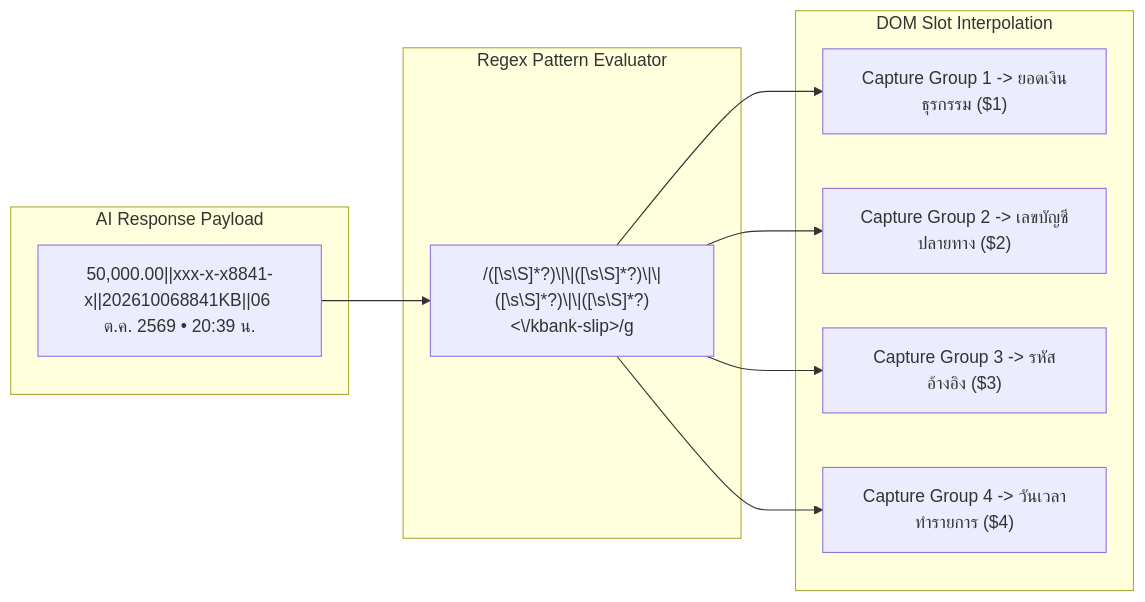
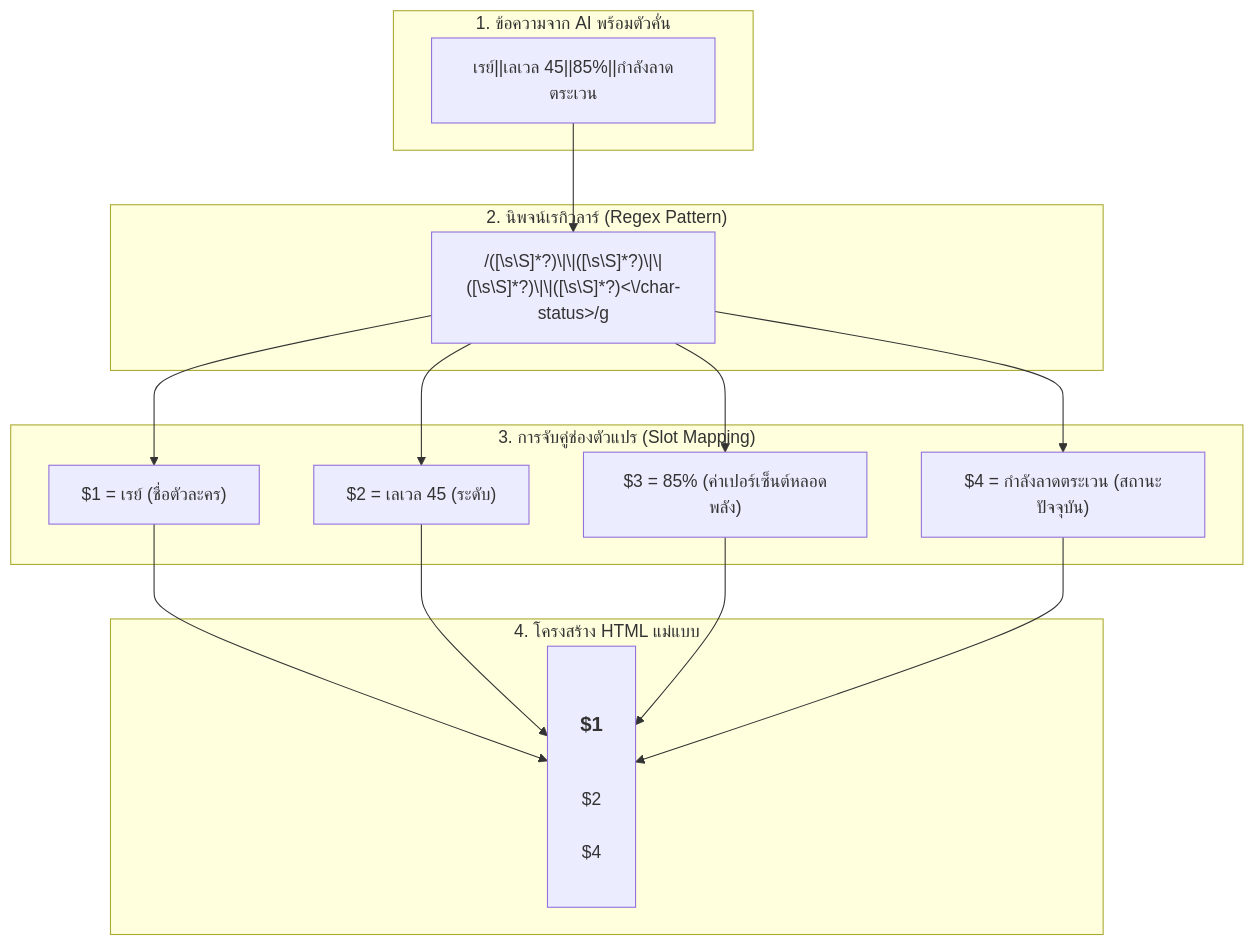
One commit to jadesolju/Snippet-Studio changed the third of 6 diagrams in RUBII_CORE_ARCHITECTURE_AND_CSS_ENGINEERING.md. Above: the diagram before and after it, drawn with Mermaid. The commit also changed other lines of this file, not shown here.

Commit message:
docs: rewrite Rubii architecture and developer guide focusing on core principles, HTML/CSS/Regex recommendations, and empirical failure analysis

````diff
--- a/RUBII_CORE_ARCHITECTURE_AND_CSS_ENGINEERING.md
+++ b/RUBII_CORE_ARCHITECTURE_AND_CSS_ENGINEERING.md
@@ -122,20 +116,30 @@
 ```mermaid
-flowchart LR
-    subgraph Payload["AI Response Payload"]
-        P["<kbank-slip>50,000.00||xxx-x-x8841-x||202610068841KB||06 ต.ค. 2569 • 20:39 น.</kbank-slip>"]
+flowchart TD
+    subgraph Payload["1. ข้อความจาก AI พร้อมตัวคั่น"]
+        P["<char-status>เรย์||เลเวล 45||85%||กำลังลาดตระเวน</char-status>"]
     end
 
-    subgraph RegexMatcher["Regex Pattern Evaluator"]
-        R["/<kbank-slip>([\s\S]*?)\|\|([\s\S]*?)\|\|([\s\S]*?)\|\|([\s\S]*?)<\/kbank-slip>/g"]
+    subgraph Regex["2. นิพจน์เรกิวลาร์ (Regex Pattern)"]
+        R["/<char-status>([\s\S]*?)\|\|([\s\S]*?)\|\|([\s\S]*?)\|\|([\s\S]*?)<\/char-status>/g"]
     end
 
-    subgraph Interpolation["DOM Slot Interpolation"]
-        G1["Capture Group 1 -> ยอดเงินธุรกรรม ($1)"]
-        G2["Capture Group 2 -> เลขบัญชีปลายทาง ($2)"]
-        G3["Capture Group 3 -> รหัสอ้างอิง ($3)"]
-        G4["Capture Group 4 -> วันเวลาทำรายการ ($4)"]
+    subgraph Slots["3. การจับคู่ช่องตัวแปร (Slot Mapping)"]
+        S1["$1 = เรย์ (ชื่อตัวละคร)"]
+        S2["$2 = เลเวล 45 (ระดับ)"]
+        S3["$3 = 85% (ค่าเปอร์เซ็นต์หลอดพลัง)"]
+        S4["$4 = กำลังลาดตระเวน (สถานะปัจจุบัน)"]
+    end
+
+    subgraph HTML["4. โครงสร้าง HTML แม่แบบ"]
+        H["<div class='card'>
+  <h3>$1</h3>
+  <span>$2</span>
+  <div class='bar' style='width: $3; max-width: 100%;'></div>
+  <p>$4</p>
+</div>"]
     end
 
     P --> R
-    R --> G1 & G2 & G3 & G4
+    R --> S1 & S2 & S3 & S4
+    S1 & S2 & S3 & S4 --> H
 ```
````
